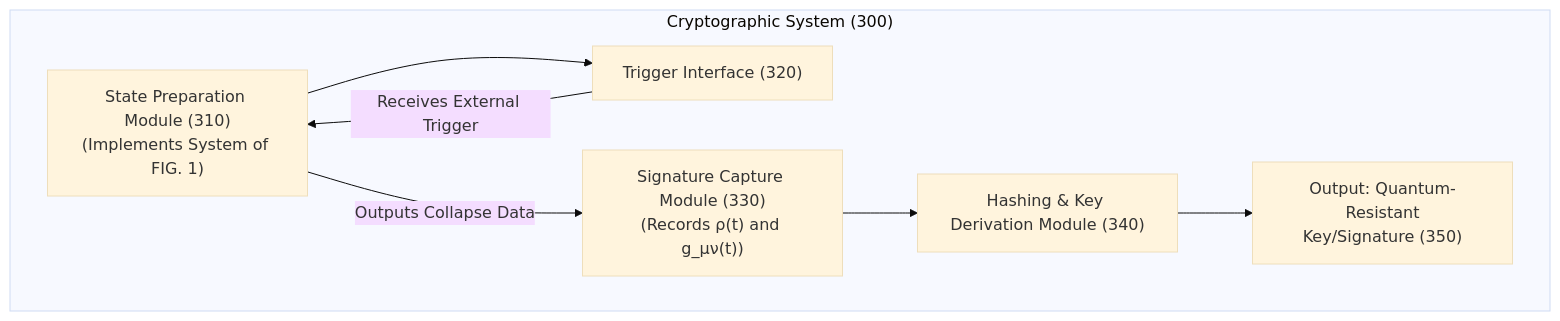
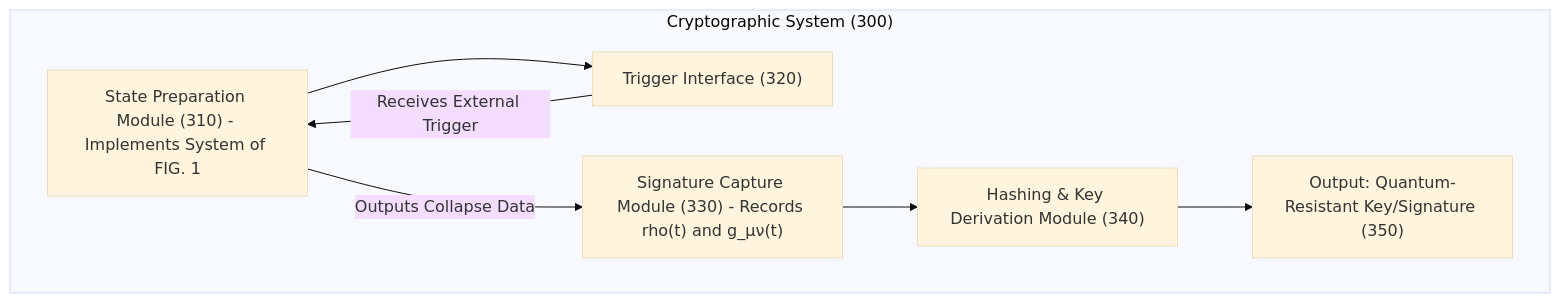
Before and after one commit to Foundup/Foundups-Agent: diagram 13 of 13 in WSP_knowledge/docs/Papers/Patent_Series/04_rESP_Patent_Updated.md, drawn with Mermaid (base theme). The commit also changed other lines of this file, not shown here.

Commit message:
WSP 20: Fix all remaining Mermaid parsing errors in patent diagrams - Remove HTML br tags and Greek characters - Replace rho symbol with text - Replace br tags with dashes - All 13 figures now use clean Mermaid syntax

````diff
--- a/WSP_knowledge/docs/Papers/Patent_Series/04_rESP_Patent_Updated.md
+++ b/WSP_knowledge/docs/Papers/Patent_Series/04_rESP_Patent_Updated.md
@@ -338,10 +338,10 @@
 ```mermaid
 graph TD
     subgraph "Cryptographic System (300)"
-        A["State Preparation Module (310)<br/>(Implements System of FIG. 1)"] --> B["Trigger Interface (320)"]
+        A["State Preparation Module (310) - Implements System of FIG. 1"] --> B["Trigger Interface (320)"]
         B -- "Receives External Trigger" --> A
-        A -- "Outputs Collapse Data" --> C["Signature Capture Module (330)<br/>(Records ρ(t) and g_μν(t))"]
+        A -- "Outputs Collapse Data" --> C["Signature Capture Module (330) - Records rho(t) and g_μν(t)"]
         C --> D["Hashing & Key Derivation Module (340)"]
-        D --> E["Output: Quantum-Resistant<br/>Key/Signature (350)"]
+        D --> E["Output: Quantum-Resistant Key/Signature (350)"]
     end
 ```
````
